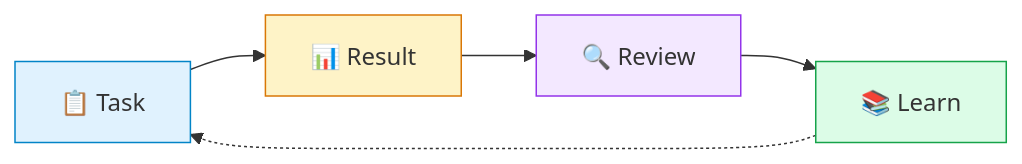
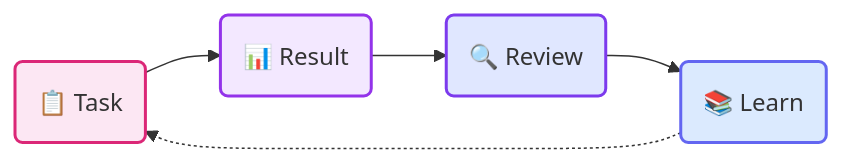
Before and after one commit to mangiapanejohn-dev/Resonix-AG: the second of 5 diagrams in README.md, drawn with Mermaid. The commit also changed other lines of this file, not shown here.

First line of the commit message:
docs: optimize diagram colors - purple pink white theme

````diff
--- a/README.md
+++ b/README.md
@@ -74,11 +81,12 @@
 ```mermaid
 flowchart LR
-    TASK[📋 Task] --> RESULT[📊 Result]
-    RESULT --> RETRO[🔍 Review]
-    RETRO --> LEARN[📚 Learn]
+    TASK("📋 Task") --> RESULT("📊 Result")
+    RESULT --> RETRO("🔍 Review")
+    RETRO --> LEARN("📚 Learn")
     LEARN -.-> TASK
-    style TASK fill:#e0f2fe,stroke:#0284c7
-    style RESULT fill:#fef3c7,stroke:#d97706
-    style RETRO fill:#f3e8ff,stroke:#9333ea
-    style LEARN fill:#dcfce7,stroke:#16a34a
+
+    style TASK fill:#fce7f3,stroke:#db2777,stroke-width:2
+    style RESULT fill:#f3e8ff,stroke:#9333ea,stroke-width:2
+    style RETRO fill:#e0e7ff,stroke:#7c3aed,stroke-width:2
+    style LEARN fill:#dbeafe,stroke:#6366f1,stroke-width:2
 ```
````
